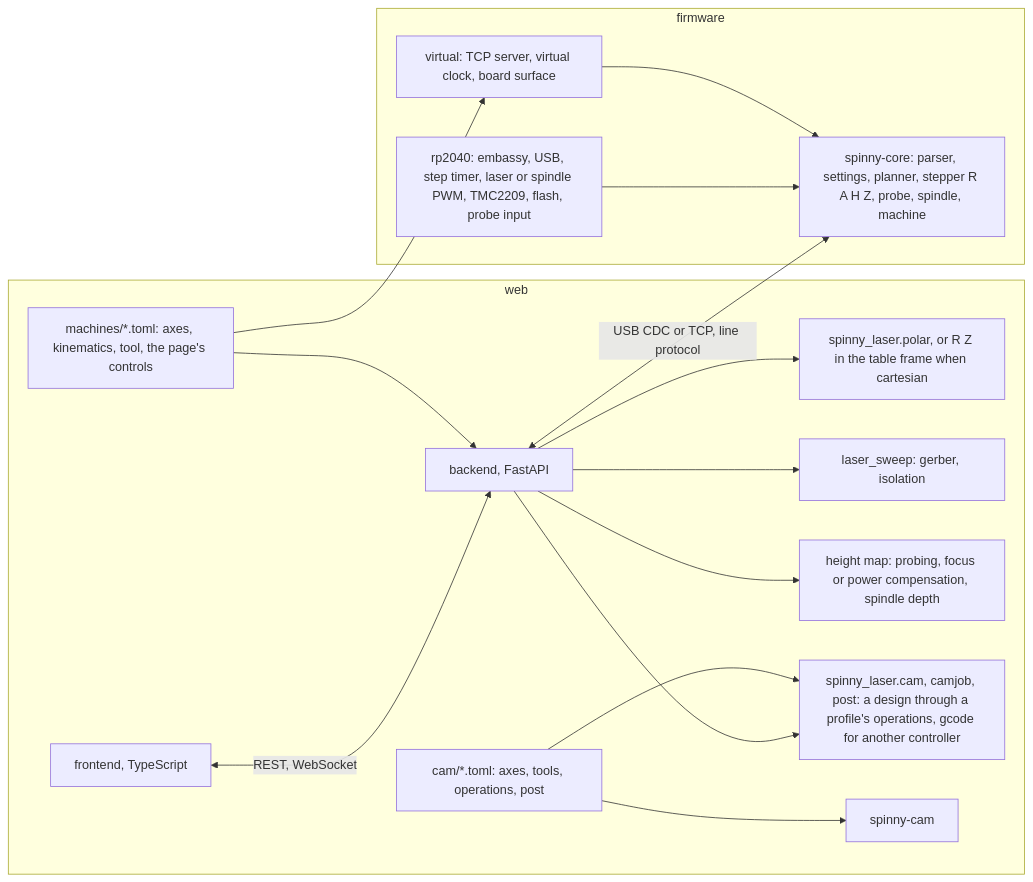
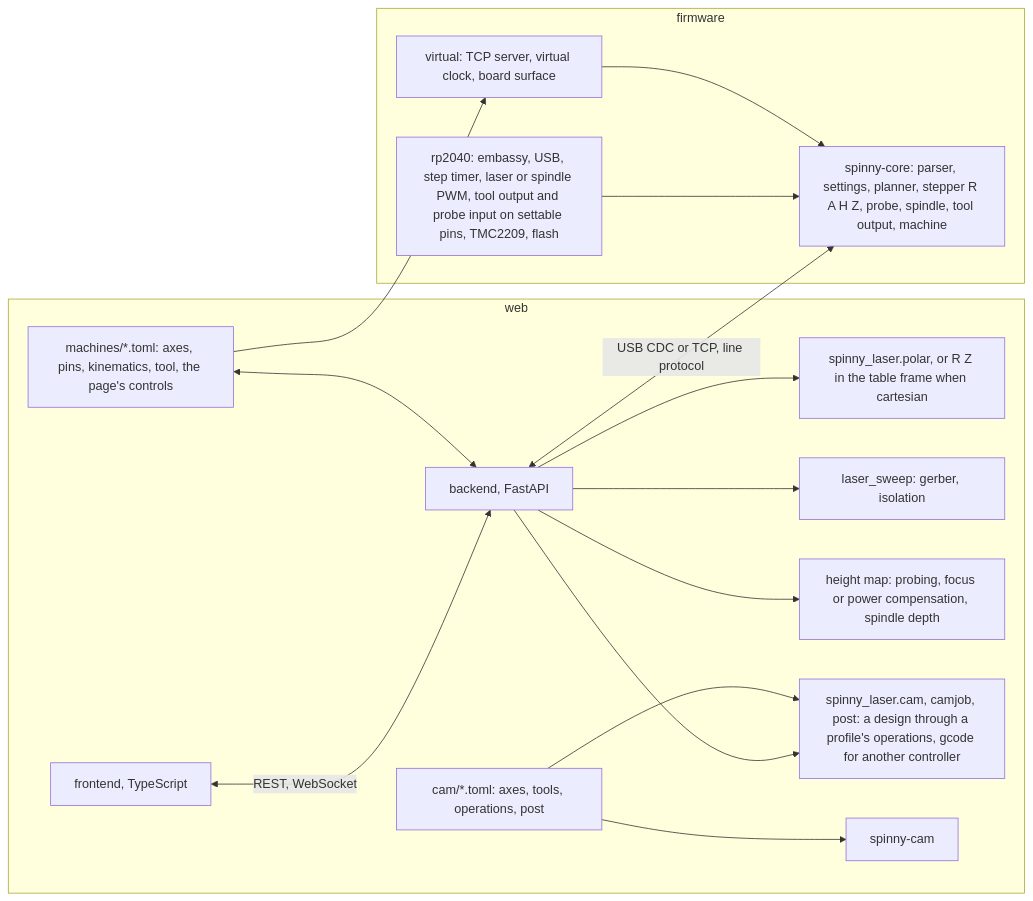
One commit to tmpk13/spinny-cnc changed the first of 2 diagrams in docs/ARCHITECTURE.md. Above: the diagram before and after it, drawn with Mermaid. The commit also changed other lines of this file and 53 other files, not shown here.

First line of the commit message:
Add a Config tab with a colored machine file editor, settable pins and jog bars

````diff
--- a/docs/ARCHITECTURE.md
+++ b/docs/ARCHITECTURE.md
@@ -28,19 +28,19 @@
 ```mermaid
 flowchart LR
     subgraph web
         FE[frontend, TypeScript] <-->|REST, WebSocket| BE[backend, FastAPI]
         BE --> KIN[spinny_laser.polar, or R Z in the table frame when cartesian]
         BE --> LS[laser_sweep: gerber, isolation]
         BE --> HM[height map: probing, focus or power compensation, spindle depth]
         BE --> CAM[spinny_laser.cam, camjob, post: a design through a profile's operations, gcode for another controller]
-        MF[machines/*.toml: axes, kinematics, tool, the page's controls] --> BE
+        MF[machines/*.toml: axes, pins, kinematics, tool, the page's controls] <--> BE
         CF[cam/*.toml: axes, tools, operations, post] --> CAM
         CF --> CLI[spinny-cam]
     end
     MF --> VIRT
     BE <-->|USB CDC or TCP, line protocol| CORE
     subgraph firmware
-        RP[rp2040: embassy, USB, step timer, laser or spindle PWM, TMC2209, flash, probe input] --> CORE[spinny-core: parser, settings, planner, stepper R A H Z, probe, spindle, machine]
+        RP[rp2040: embassy, USB, step timer, laser or spindle PWM, tool output and probe input on settable pins, TMC2209, flash] --> CORE[spinny-core: parser, settings, planner, stepper R A H Z, probe, spindle, tool output, machine]
         VIRT[virtual: TCP server, virtual clock, board surface] --> CORE
     end
 ```
````
